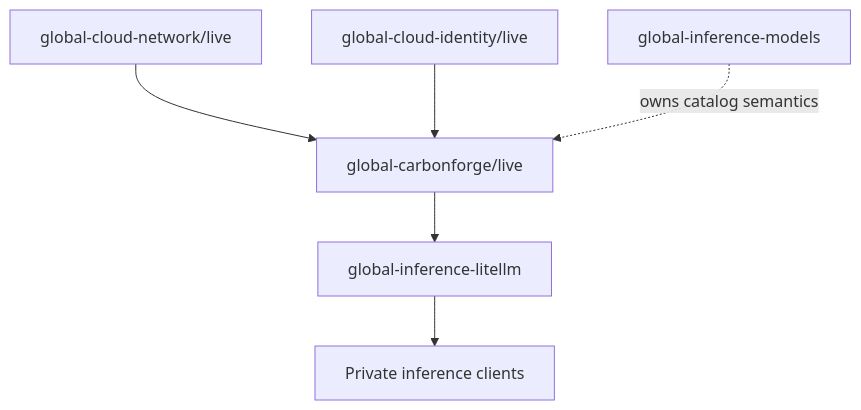
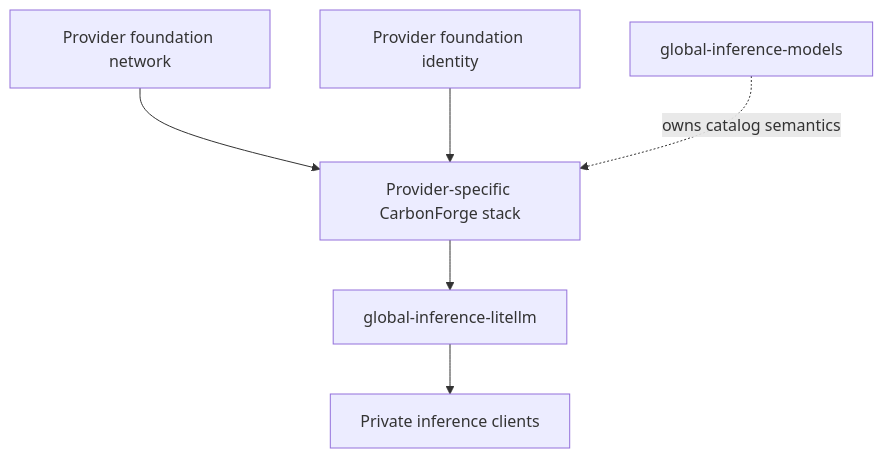
One commit to Jetscale-ai/global-carbonforge changed the diagram in README.md. Above: the diagram before and after it, drawn with Mermaid. The commit also changed other lines of this file and 38 other files, not shown here.

First line of the commit message:
feat(infra): isolate CarbonForge runtime placements

````diff
--- a/README.md
+++ b/README.md
@@ -31,8 +34,8 @@
 ```mermaid
 flowchart TD
-  Network[global-cloud-network/live] --> CF[global-carbonforge/live]
-  Identity[global-cloud-identity/live] --> CF
+  Network[Provider foundation network] --> CF[Provider-specific CarbonForge stack]
+  Identity[Provider foundation identity] --> CF
   Models[global-inference-models] -. owns catalog semantics .-> CF
   CF --> LiteLLM[global-inference-litellm]
   LiteLLM --> Clients[Private inference clients]
 ```
````
